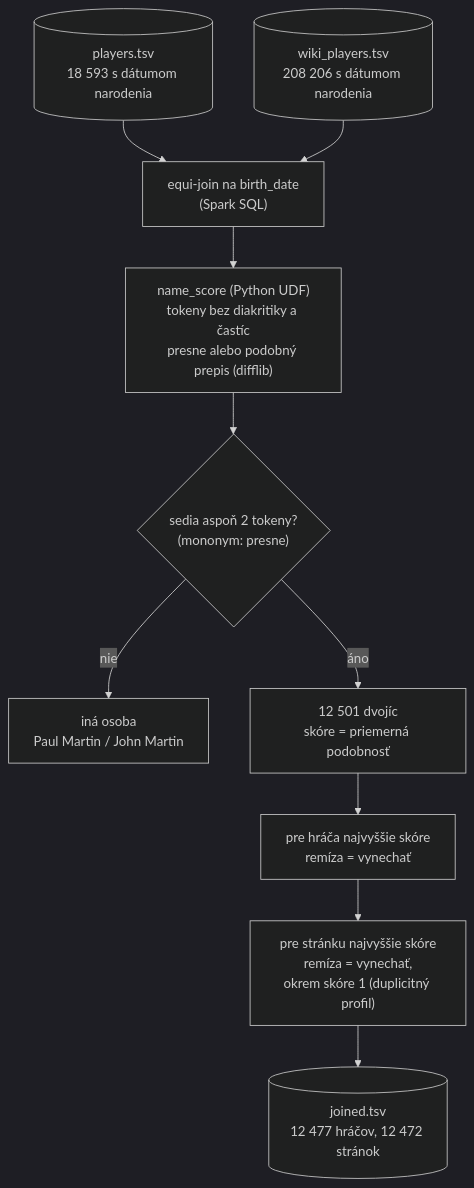
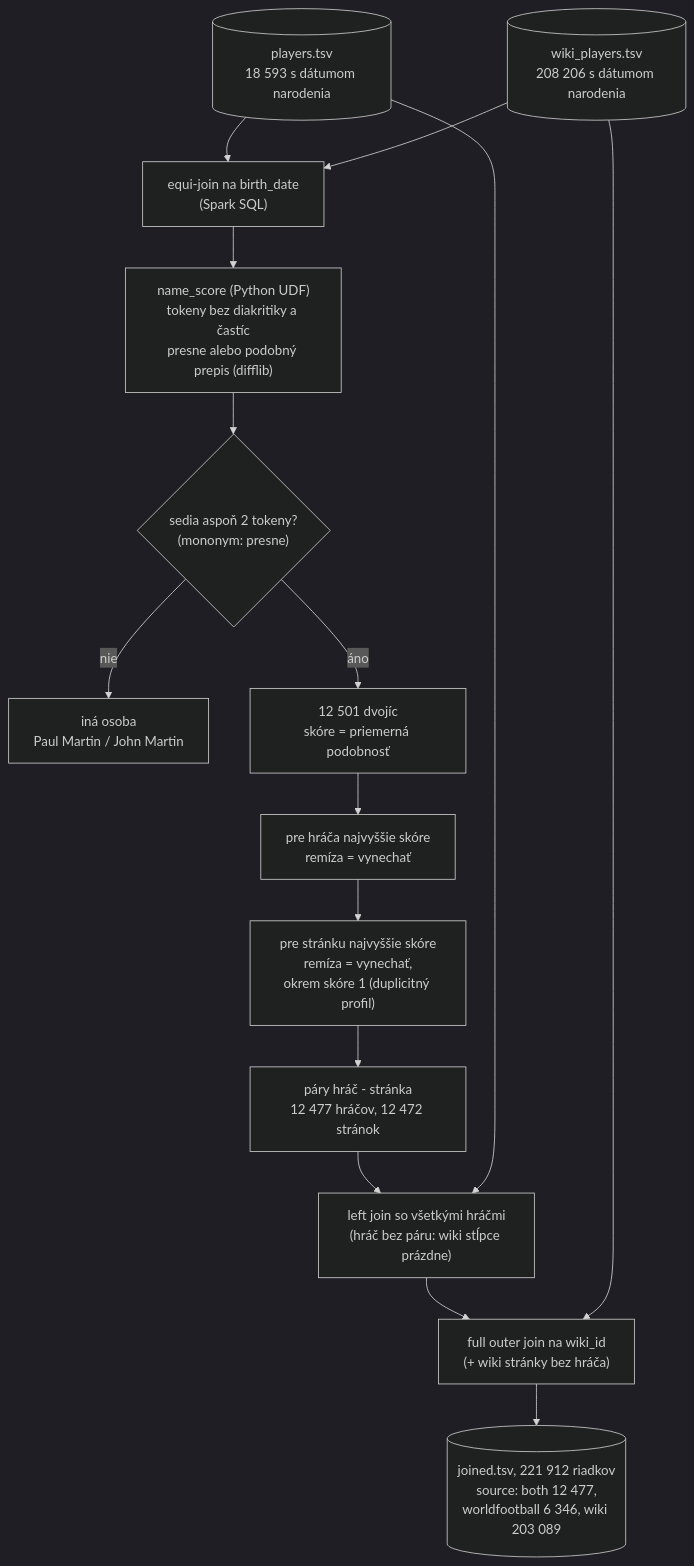
One commit to MarekPenzes/VINF_Crawler changed the fourth of 4 diagrams in diagram.md. Above: the diagram before and after it, drawn with Mermaid (dark theme). The commit also changed other lines of this file and 14 other files, not shown here.

Commit message:
Full outer join, statistiky z wiki

````diff
--- a/diagram.md
+++ b/diagram.md
@@ -91,12 +93,17 @@
 ```mermaid
 flowchart TD
     P[("players.tsv<br/>18 593 s dátumom narodenia")] --> EQ
     W[("wiki_players.tsv<br/>208 206 s dátumom narodenia")] --> EQ
     EQ["equi-join na birth_date<br/>(Spark SQL)"] --> S["name_score (Python UDF)<br/>tokeny bez diakritiky a častíc<br/>presne alebo podobný prepis (difflib)"]
     S --> C{"sedia aspoň 2 tokeny?<br/>(mononym: presne)"}
     C -- "nie" --> X["iná osoba<br/>Paul Martin / John Martin"]
     C -- "áno" --> PAIRS["12 501 dvojíc<br/>skóre = priemerná podobnosť"]
     PAIRS --> B1["pre hráča najvyššie skóre<br/>remíza = vynechať"]
     B1 --> B2["pre stránku najvyššie skóre<br/>remíza = vynechať,<br/>okrem skóre 1 (duplicitný profil)"]
-    B2 --> J[("joined.tsv<br/>12 477 hráčov, 12 472 stránok")]
+    B2 --> M["páry hráč - stránka<br/>12 477 hráčov, 12 472 stránok"]
+    M --> L["left join so všetkými hráčmi<br/>(hráč bez páru: wiki stĺpce prázdne)"]
+    P --> L
+    L --> FO["full outer join na wiki_id<br/>(+ wiki stránky bez hráča)"]
+    W --> FO
+    FO --> J[("joined.tsv, 221 912 riadkov<br/>source: both 12 477,<br/>worldfootball 6 346, wiki 203 089")]
 ```
````
